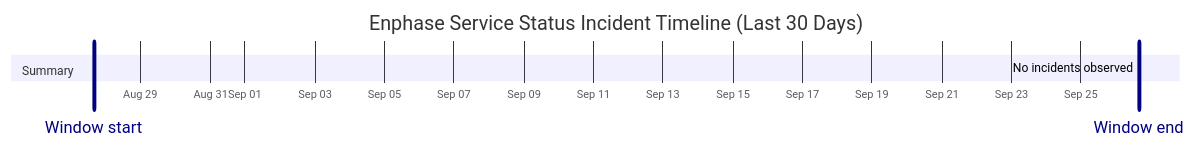
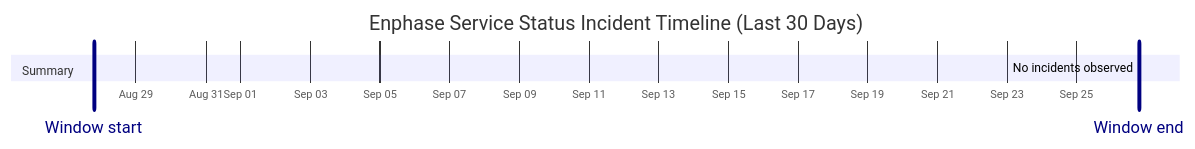
The diagram in wiki/Service-Status-History.md (barneyonline/ha-enphase-energy), drawn with Mermaid before and after one commit. The commit also changed other lines of this file and 3 other files, not shown here.

````diff
--- a/wiki/Service-Status-History.md
+++ b/wiki/Service-Status-History.md
@@ -14,10 +14,10 @@
 ```mermaid
 gantt
     title Enphase Service Status Incident Timeline (Last 30 Days)
     dateFormat  YYYY-MM-DDTHH:mm:ss
     axisFormat  %b %d
-    Window start :vert, window-start, 2026-08-27T15:49:00, 0ms
-    Window end :vert, window-end, 2026-09-26T15:49:00, 0ms
+    Window start :vert, window-start, 2026-08-27T19:01:01, 0ms
+    Window end :vert, window-end, 2026-09-26T19:01:01, 0ms
     section Summary
-    No incidents observed :done, 2026-09-26T15:49:00, 1m
+    No incidents observed :done, 2026-09-26T19:01:01, 1m
 ```
````
